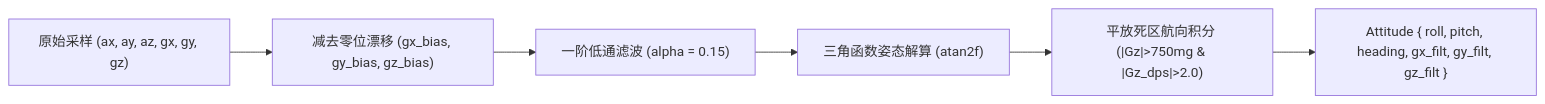
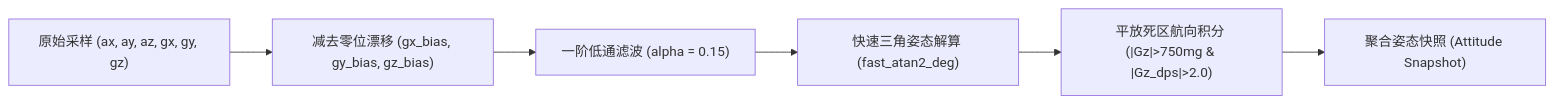
One commit to onenewcode/digivice changed the first of 2 diagrams in docs/architecture/02-gestures-and-physics.md. Above: the diagram before and after it, drawn with Mermaid. The commit also changed other lines of this file and 40 other files, not shown here.

````diff
--- a/docs/architecture/02-gestures-and-physics.md
+++ b/docs/architecture/02-gestures-and-physics.md
@@ -11,8 +11,8 @@
 ```mermaid
 flowchart LR
     Sample["原始采样 (ax, ay, az, gx, gy, gz)"] --> Calib["减去零位漂移 (gx_bias, gy_bias, gz_bias)"]
     Calib --> LPF["一阶低通滤波 (alpha = 0.15)"]
-    LPF --> Angles["三角函数姿态解算 (atan2f)"]
+    LPF --> Angles["快速三角姿态解算 (fast_atan2_deg)"]
     Angles --> Heading["平放死区航向积分 (|Gz|>750mg & |Gz_dps|>2.0)"]
-    Heading --> Output["Attitude { roll, pitch, heading, gx_filt, gy_filt, gz_filt }"]
+    Heading --> Output["聚合姿态快照 (Attitude Snapshot)"]
 ```
````
